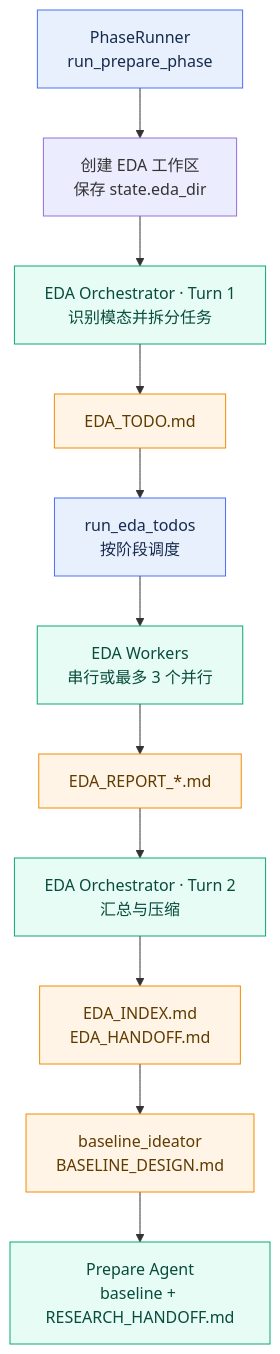
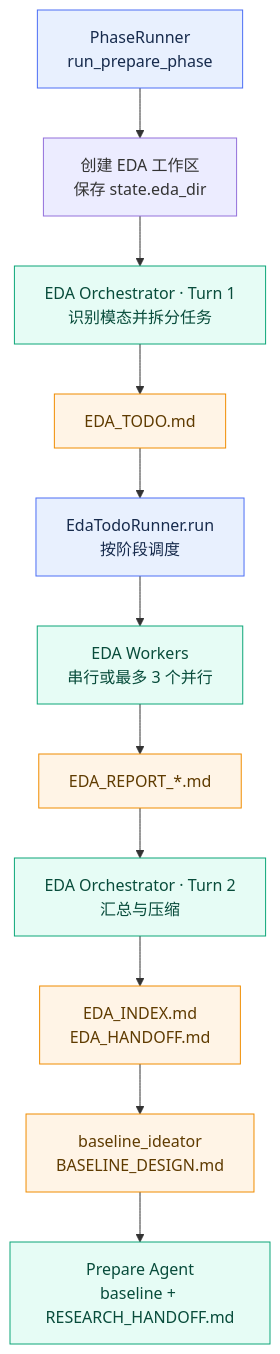
The first of 2 diagrams in docs/athena-guide/12-eda-system.md (FakeEyes2Wo/Athena), drawn with Mermaid before and after one commit. The commit also changed other lines of this file and 4 other files, not shown here.

````diff
--- a/docs/athena-guide/12-eda-system.md
+++ b/docs/athena-guide/12-eda-system.md
@@ -27,20 +27,20 @@
 ```mermaid
 flowchart TB
   START["PhaseRunner<br/>run_prepare_phase"] --> WS["创建 EDA 工作区<br/>保存 state.eda_dir"]
   WS --> PLAN["EDA Orchestrator · Turn 1<br/>识别模态并拆分任务"]
   PLAN --> TODO["EDA_TODO.md"]
-  TODO --> RUNNER["run_eda_todos<br/>按阶段调度"]
+  TODO --> RUNNER["EdaTodoRunner.run<br/>按阶段调度"]
   RUNNER --> WORKERS["EDA Workers<br/>串行或最多 3 个并行"]
   WORKERS --> REPORTS["EDA_REPORT_*.md"]
   REPORTS --> FINAL["EDA Orchestrator · Turn 2<br/>汇总与压缩"]
   FINAL --> HANDOFF["EDA_INDEX.md<br/>EDA_HANDOFF.md"]
   HANDOFF --> DESIGN["baseline_ideator<br/>BASELINE_DESIGN.md"]
   DESIGN --> PREPARE["Prepare Agent<br/>baseline + RESEARCH_HANDOFF.md"]
 
   classDef control fill:#e8f0fe,stroke:#4c6ef5,color:#172b4d;
   classDef artifact fill:#fff4e6,stroke:#f08c00,color:#5f3b00;
   classDef agent fill:#e6fcf5,stroke:#0ca678,color:#084c3b;
   class START,RUNNER control;
   class TODO,REPORTS,HANDOFF,DESIGN artifact;
   class PLAN,WORKERS,FINAL,PREPARE agent;
 ```
````
